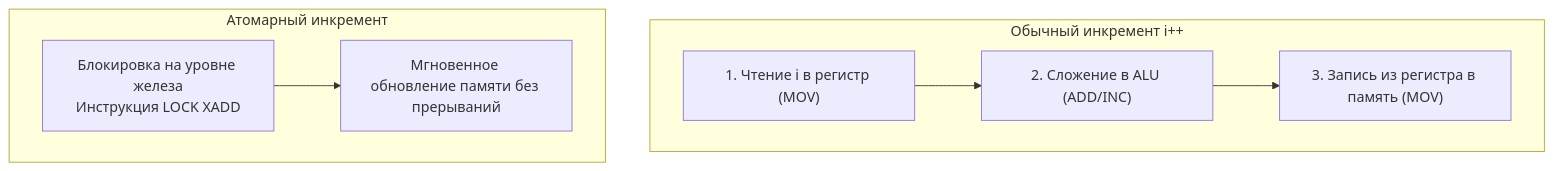
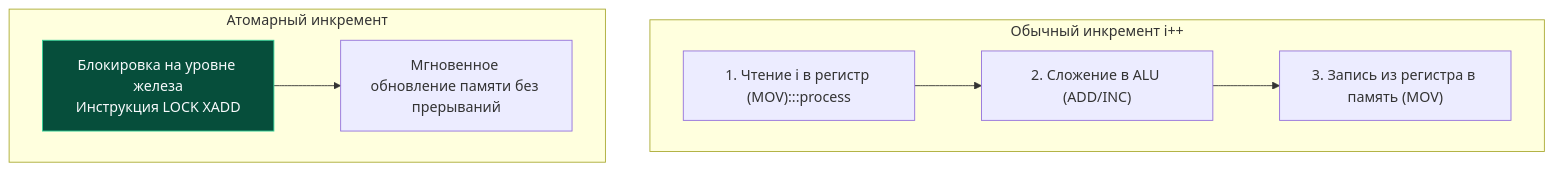
One commit to UnrealTemplier/go-textbook changed the first of 2 diagrams in sources/7. Глубокий Go (Внутреннее устройство)/16. sync_atomic и атомарные операции в рантайме.md. Above: the diagram before and after it, drawn with Mermaid. The commit also changed other lines of this file and 1666 other files, not shown here.

First line of the commit message:
feat(mermaid): add semantic color classDef to 1369 colorless flowchart/graph diagrams

````diff
--- a/sources/7. Глубокий Go (Внутреннее устройство)/16. sync_atomic и атомарные операции в рантайме.md
+++ b/sources/7. Глубокий Go (Внутреннее устройство)/16. sync_atomic и атомарные операции в рантайме.md
@@ -17,10 +17,20 @@
 ```mermaid
 flowchart TD
+    classDef process  fill:#1e293b,stroke:#38bdf8,stroke-width:1px,color:#f8fafc
+    classDef success  fill:#064e3b,stroke:#34d399,stroke-width:1px,color:#f8fafc
+    classDef error    fill:#7f1d1d,stroke:#f87171,stroke-width:1px,color:#f8fafc
+    classDef warning  fill:#78350f,stroke:#fbbf24,stroke-width:1px,color:#f8fafc
+    classDef entry    fill:#1e3a5f,stroke:#38bdf8,stroke-width:2px,color:#f8fafc
+    classDef aux      fill:#334155,stroke:#64748b,stroke-width:1px,color:#f8fafc
+    classDef system   fill:#312e81,stroke:#a78bfa,stroke-width:1px,color:#f8fafc
+    classDef data     fill:#132d29,stroke:#2dd4bf,stroke-width:1px,color:#f8fafc
+    classDef network  fill:#881337,stroke:#fb7185,stroke-width:1px,color:#f8fafc
+    classDef accent   fill:#1e1b4b,stroke:#818cf8,stroke-width:1px,color:#f8fafc
     subgraph NON_ATOMIC ["Обычный инкремент i++"]
-        READ["1. Чтение i в регистр (MOV)"] --> ADD["2. Сложение в ALU (ADD/INC)"]
+        READ["1. Чтение i в регистр (MOV):::process"] --> ADD["2. Сложение в ALU (ADD/INC)"]
         ADD --> WRITE["3. Запись из регистра в память (MOV)"]
     end
     subgraph ATOMIC ["Атомарный инкремент"]
-        LOCK["Блокировка на уровне железа<br>Инструкция LOCK XADD"] --> DONE["Мгновенное обновление памяти без прерываний"]
+        LOCK["Блокировка на уровне железа<br>Инструкция LOCK XADD"]:::success --> DONE["Мгновенное обновление памяти без прерываний"]
     end
 ```
````
